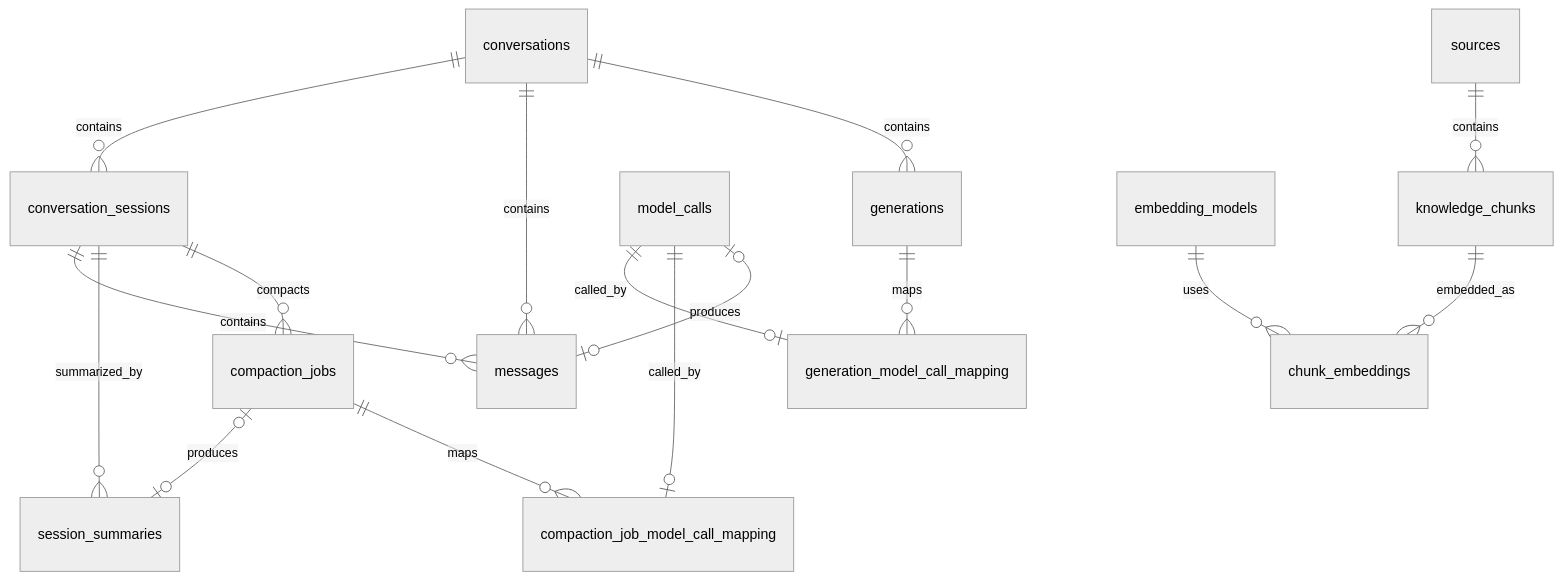
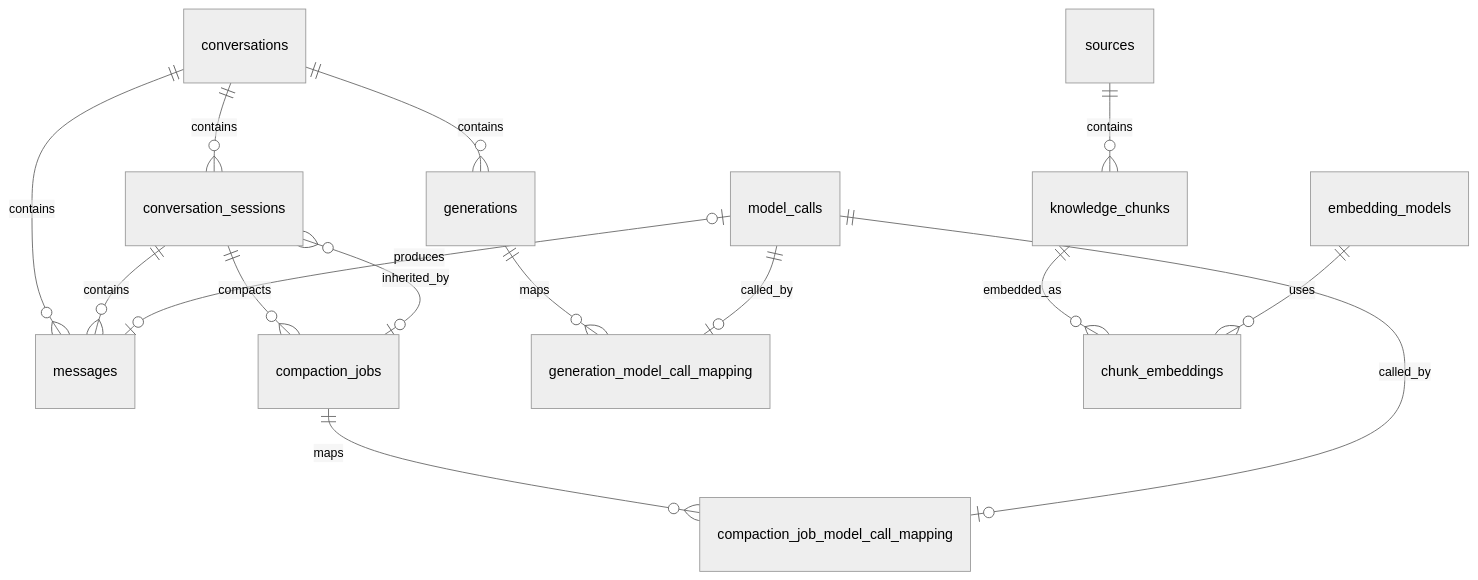
Before and after one commit to Mengman/CleoDoc: the diagram in docs/DATABASE_DESIGN.md, drawn with Mermaid (neutral theme). The commit also changed other lines of this file and 49 other files, not shown here.

````diff
--- a/docs/DATABASE_DESIGN.md
+++ b/docs/DATABASE_DESIGN.md
@@ -40,18 +41,17 @@
 ```mermaid
 erDiagram
     conversations ||--o{ conversation_sessions : contains
     conversations ||--o{ messages : contains
     conversations ||--o{ generations : contains
     conversation_sessions ||--o{ messages : contains
-    conversation_sessions ||--o{ session_summaries : summarized_by
     conversation_sessions ||--o{ compaction_jobs : compacts
-    compaction_jobs o|--o| session_summaries : produces
+    compaction_jobs o|--o{ conversation_sessions : inherited_by
     generations ||--o{ generation_model_call_mapping : maps
     model_calls ||--o| generation_model_call_mapping : called_by
     compaction_jobs ||--o{ compaction_job_model_call_mapping : maps
     model_calls ||--o| compaction_job_model_call_mapping : called_by
     model_calls o|--o| messages : produces
     sources ||--o{ knowledge_chunks : contains
     knowledge_chunks ||--o{ chunk_embeddings : embedded_as
     embedding_models ||--o{ chunk_embeddings : uses
 ```
````
